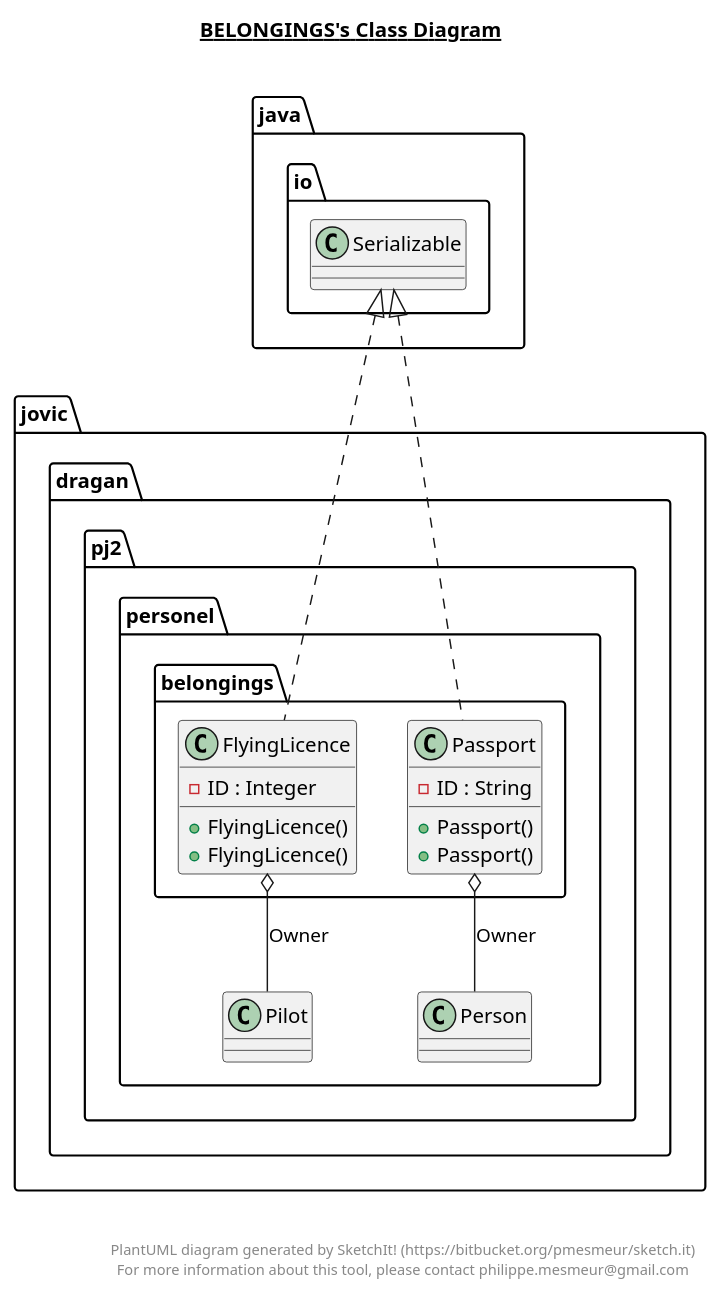
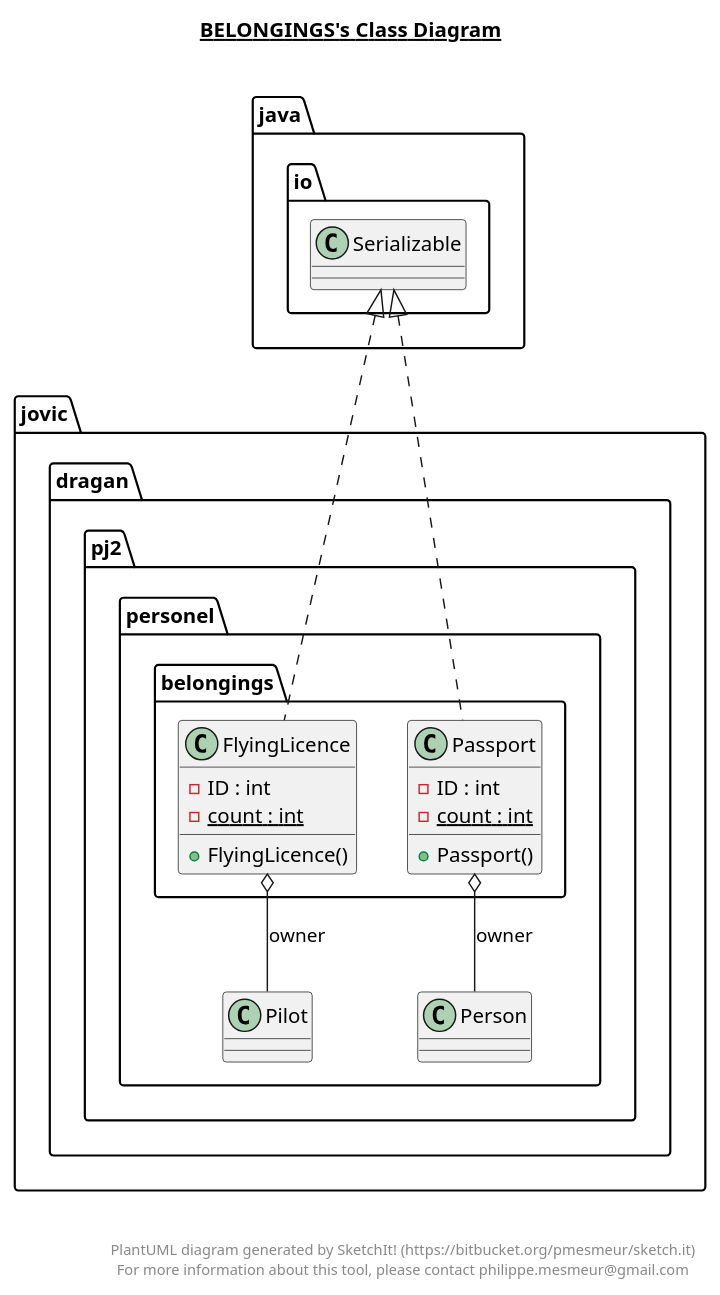
The diagram in src/jovic/dragan/pj2/personel/belongings/belongings.plantuml (Coki32/PJ2_Projektni), drawn with PlantUML before and after one commit. The commit also changed 51 other files, not shown here.

```diff
--- a/src/jovic/dragan/pj2/personel/belongings/belongings.plantuml
+++ b/src/jovic/dragan/pj2/personel/belongings/belongings.plantuml
@@ -1,40 +1,40 @@
 @startuml
 
 title __BELONGINGS's Class Diagram__\n
 
   namespace jovic.dragan.pj2.personel {
     namespace belongings {
       class jovic.dragan.pj2.personel.belongings.FlyingLicence {
-          - ID : Integer
-          + FlyingLicence()
+          - ID : int
+          {static} - count : int
           + FlyingLicence()
       }
     }
   }
   
 
   namespace jovic.dragan.pj2.personel {
     namespace belongings {
       class jovic.dragan.pj2.personel.belongings.Passport {
-          - ID : String
-          + Passport()
+          - ID : int
+          {static} - count : int
           + Passport()
       }
     }
   }
   
 
   jovic.dragan.pj2.personel.belongings.FlyingLicence .up.|> java.io.Serializable
-  jovic.dragan.pj2.personel.belongings.FlyingLicence o-- jovic.dragan.pj2.personel.Pilot : Owner
+  jovic.dragan.pj2.personel.belongings.FlyingLicence o-- jovic.dragan.pj2.personel.Pilot : owner
   jovic.dragan.pj2.personel.belongings.Passport .up.|> java.io.Serializable
-  jovic.dragan.pj2.personel.belongings.Passport o-- jovic.dragan.pj2.personel.Person : Owner
+  jovic.dragan.pj2.personel.belongings.Passport o-- jovic.dragan.pj2.personel.Person : owner
 
 
 right footer
 
 
 PlantUML diagram generated by SketchIt! (https://bitbucket.org/pmesmeur/sketch.it)
 For more information about this tool, please contact philippe.mesmeur@gmail.com
 endfooter
 
 @enduml
```
